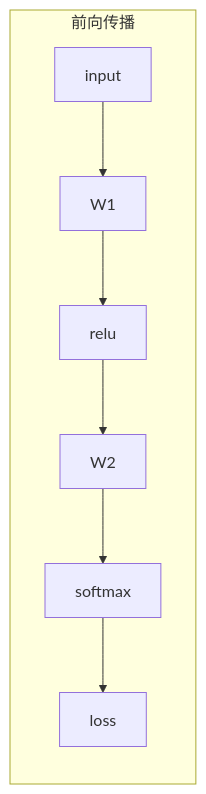
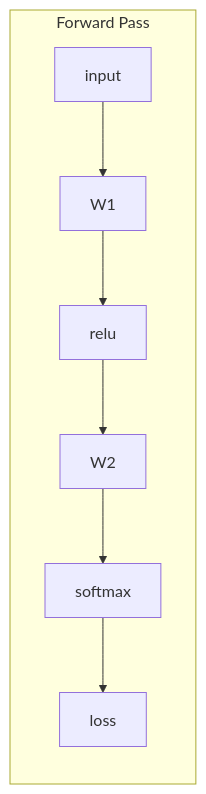
Before and after one commit to omigaZen/ai-engineering-from-scratch: the third of 4 diagrams in phases/01-math-foundations/04-calculus-for-ml/docs/zh.md, drawn with Mermaid. The commit also changed other lines of this file and 32 other files, not shown here.

````diff
--- a/phases/01-math-foundations/04-calculus-for-ml/docs/zh.md
+++ b/phases/01-math-foundations/04-calculus-for-ml/docs/zh.md
@@ -374,6 +378,6 @@
 ```mermaid
 graph LR
-    subgraph Forward["前向传播"]
+    subgraph Forward["Forward Pass"]
         I["input"] --> W1["W1"] --> R["relu"] --> W2["W2"] --> S["softmax"] --> L["loss"]
     end
 ```
````
